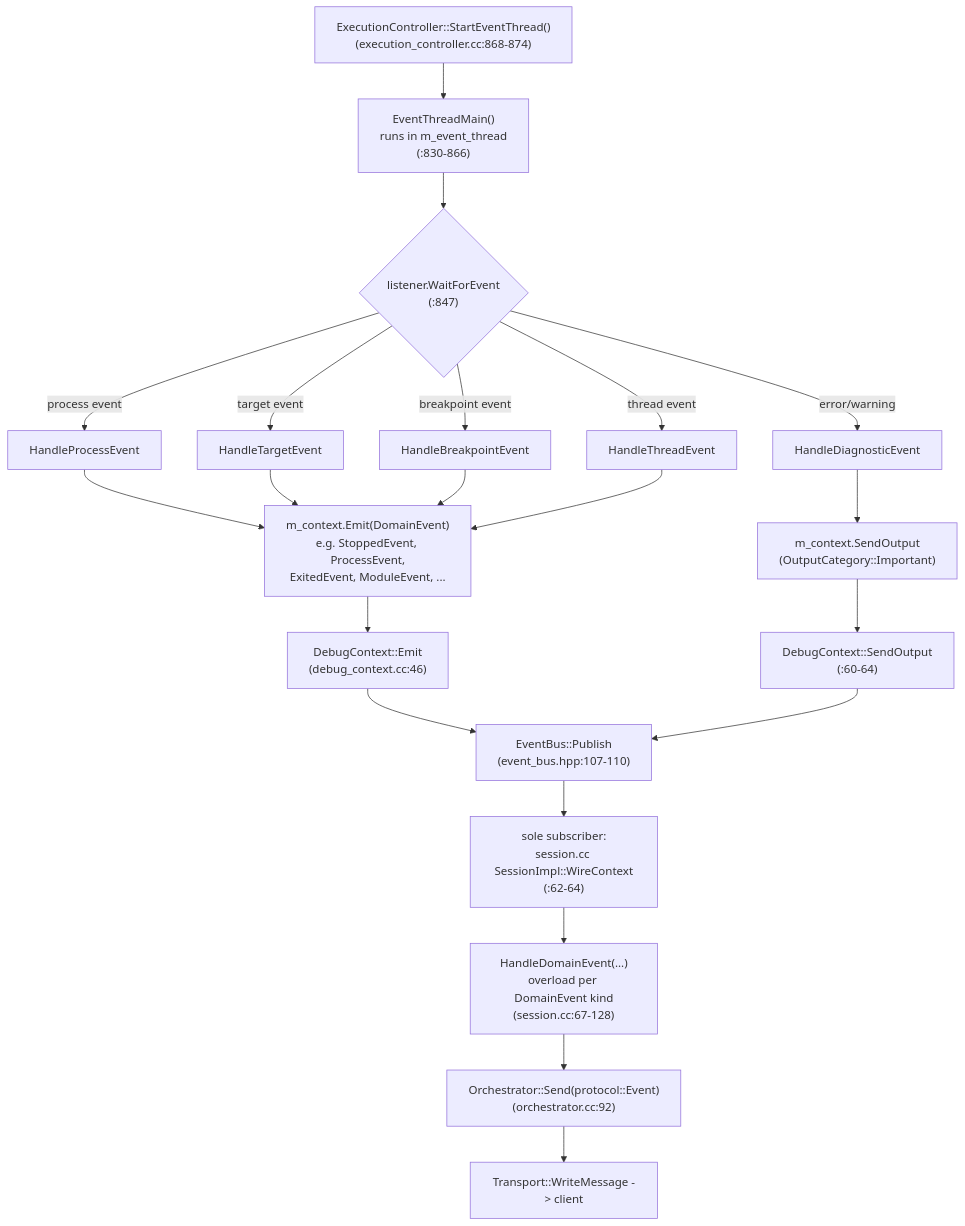
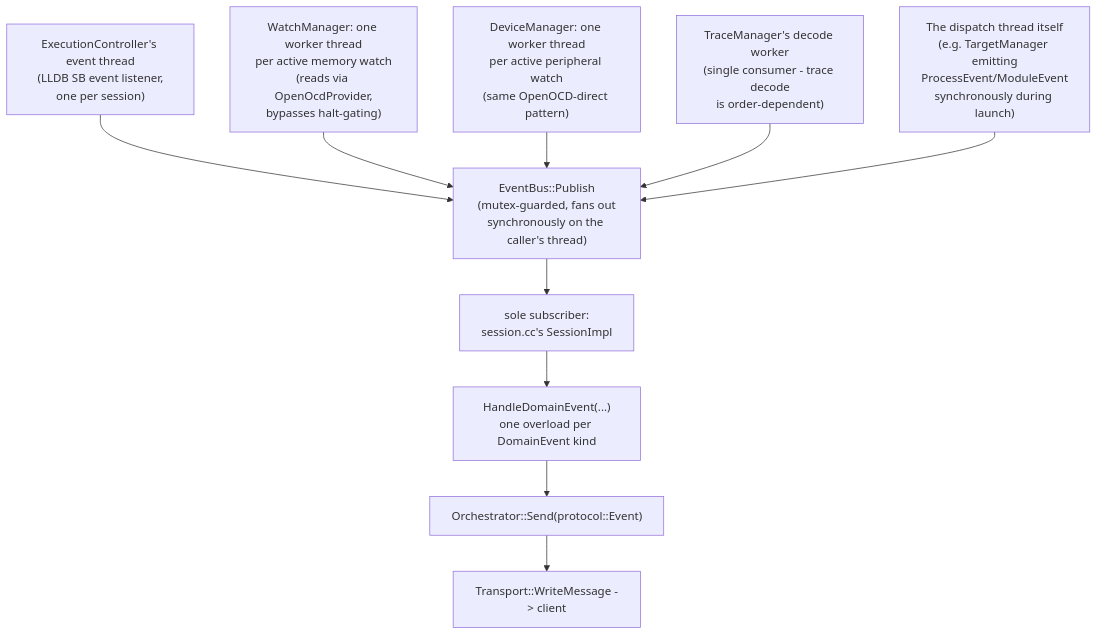
One commit to Hasnaoui-Youssef/trailer_vibes changed the diagram in docs/architecture/04-event-dataflow.md. Above: the diagram before and after it, drawn with Mermaid. The commit also changed other lines of this file and 132 other files, not shown here.

````diff
--- a/docs/architecture/04-event-dataflow.md
+++ b/docs/architecture/04-event-dataflow.md
@@ -8,23 +7,13 @@
 ```mermaid
 flowchart TD
-    A["ExecutionController::StartEventThread()\n(execution_controller.cc:868-874)"] --> B["EventThreadMain()\nruns in m_event_thread\n(:830-866)"]
-    B --> C{"listener.WaitForEvent\n(:847)"}
-    C -->|process event| D["HandleProcessEvent"]
-    C -->|target event| E["HandleTargetEvent"]
-    C -->|breakpoint event| F["HandleBreakpointEvent"]
-    C -->|thread event| G["HandleThreadEvent"]
-    C -->|error/warning| H["HandleDiagnosticEvent"]
-    D --> I["m_context.Emit(DomainEvent)\ne.g. StoppedEvent, ProcessEvent,\nExitedEvent, ModuleEvent, ..."]
-    E --> I
-    F --> I
-    G --> I
-    H --> J["m_context.SendOutput\n(OutputCategory::Important)"]
-    I --> K["DebugContext::Emit\n(debug_context.cc:46)"]
-    J --> L["DebugContext::SendOutput\n(:60-64)"]
-    K --> M["EventBus::Publish\n(event_bus.hpp:107-110)"]
-    L --> M
-    M --> N["sole subscriber:\nsession.cc SessionImpl::WireContext\n(:62-64)"]
-    N --> O["HandleDomainEvent(...)\noverload per DomainEvent kind\n(session.cc:67-128)"]
-    O --> P["Orchestrator::Send(protocol::Event)\n(orchestrator.cc:92)"]
-    P --> Q["Transport::WriteMessage -> client"]
+    A["ExecutionController's event thread\n(LLDB SB event listener,\none per session)"] --> Pub
+    B["WatchManager: one worker thread\nper active memory watch\n(reads via OpenOcdProvider,\nbypasses halt-gating)"] --> Pub
+    C["DeviceManager: one worker thread\nper active peripheral watch\n(same OpenOCD-direct pattern)"] --> Pub
+    D["TraceManager's decode worker\n(single consumer - trace decode\nis order-dependent)"] --> Pub
+    E["The dispatch thread itself\n(e.g. TargetManager emitting\nProcessEvent/ModuleEvent\nsynchronously during launch)"] --> Pub
+
+    Pub["EventBus::Publish\n(mutex-guarded, fans out\nsynchronously on the caller's thread)"] --> Sub["sole subscriber:\nsession.cc's SessionImpl"]
+    Sub --> H["HandleDomainEvent(...)\none overload per DomainEvent kind"]
+    H --> Send["Orchestrator::Send(protocol::Event)"]
+    Send --> Out["Transport::WriteMessage -> client"]
 ```
````
